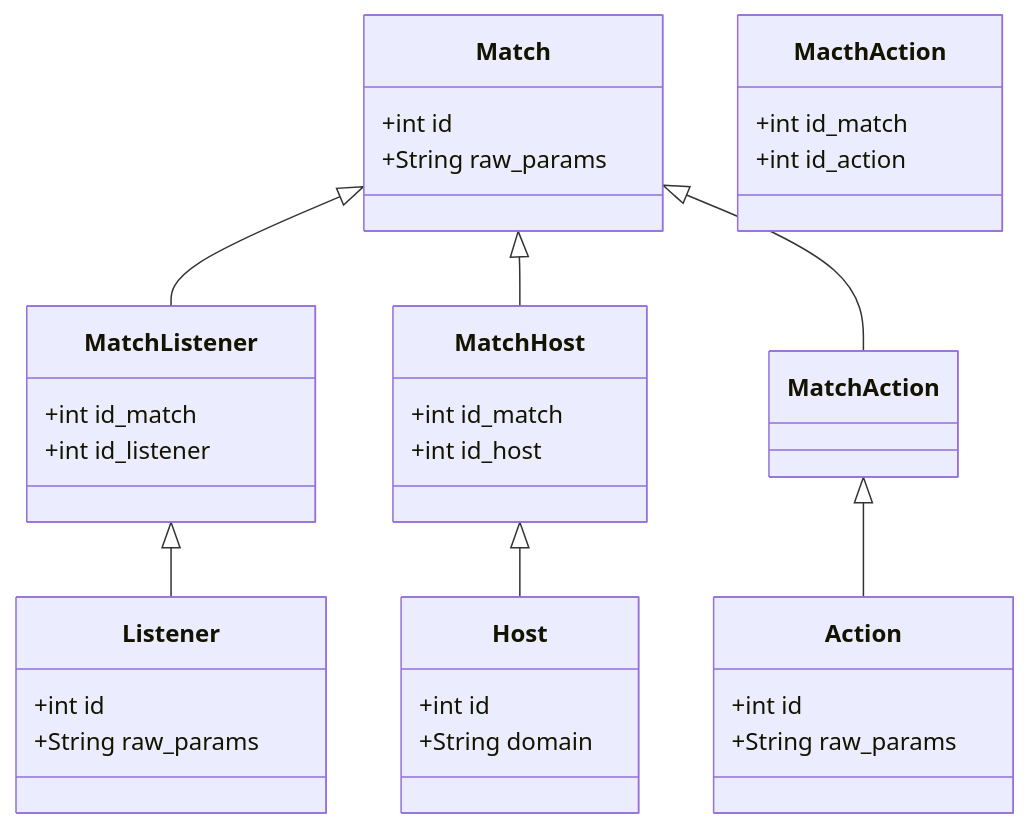
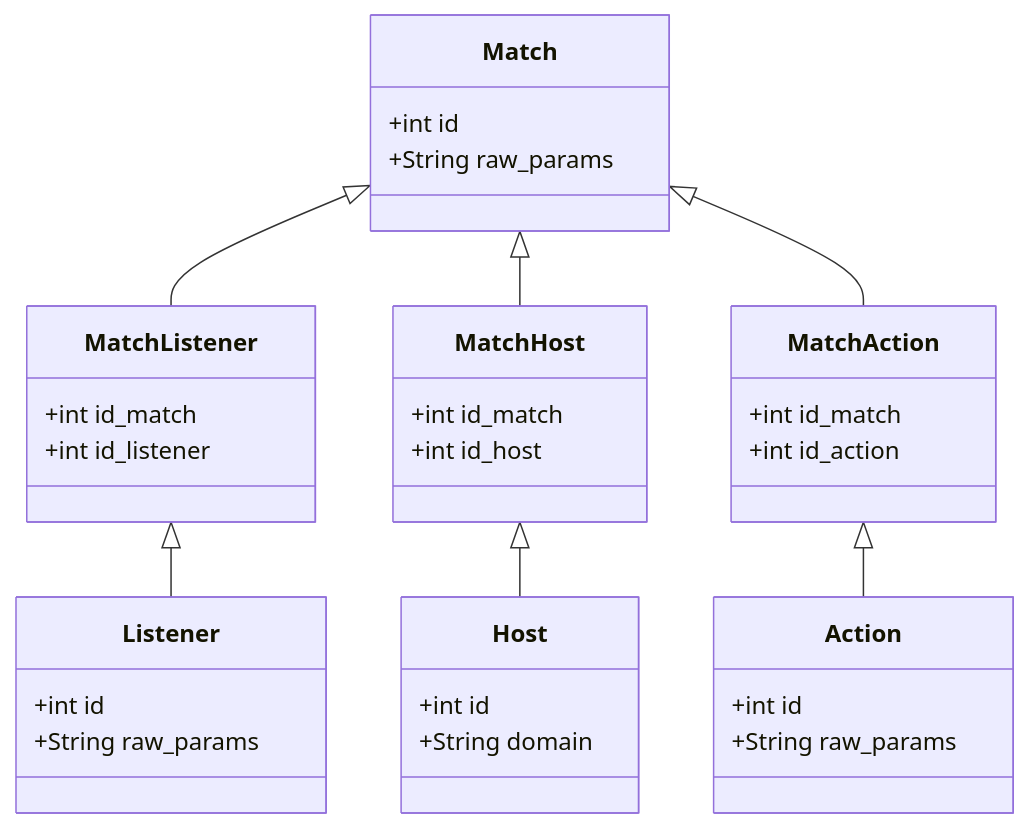
Before and after one commit to pipelight/jucenit: the third of 3 diagrams in INTERNALS.md, drawn with Mermaid.

Commit message:
docs(fix): fix typo

````diff
--- a/INTERNALS.md
+++ b/INTERNALS.md
@@ -82,40 +82,40 @@
 ```mermaid
 classDiagram
     Match <|-- MatchListener
     MatchListener <|-- Listener
 
     Match <|-- MatchHost
     MatchHost <|-- Host
 
     Match <|-- MatchAction
     MatchAction <|-- Action
 
     class Host {
         +int id
         +String domain
     }
     class Match {
         +int id
         +String raw_params
     }
      class Listener {
         +int id
         +String raw_params
     }
     class Action {
         +int id
         +String raw_params
     }
     class MatchHost {
         +int id_match
         +int id_host
     }
     class MatchListener {
         +int id_match
         +int id_listener
     }
-    class MacthAction {
+    class MatchAction {
         +int id_match
         +int id_action
     }
 ```
````
